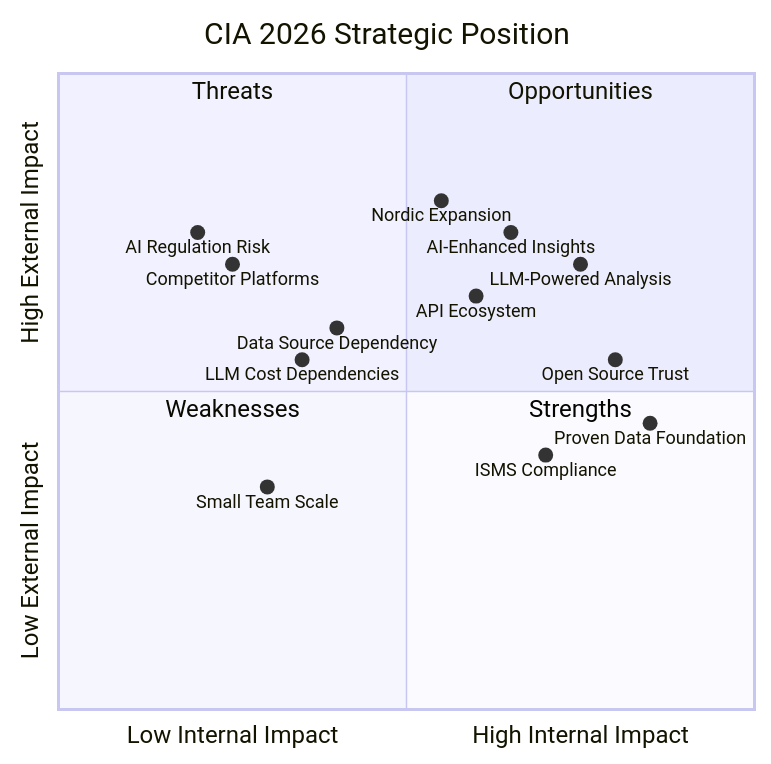
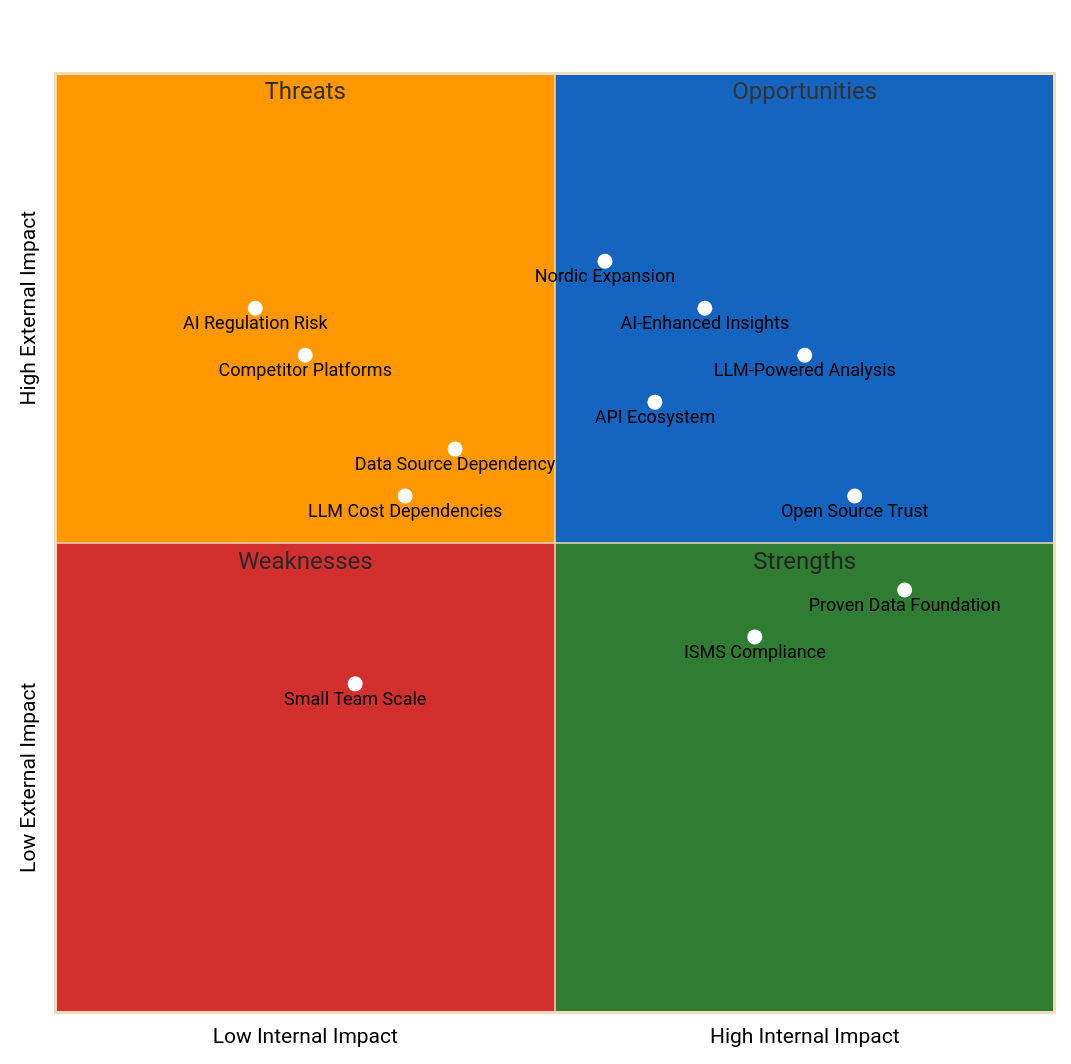
The first of 3 diagrams in FUTURE_SWOT.md (Hack23/cia), drawn with Mermaid before and after one commit. The commit also changed other lines of this file and 30 other files, not shown here.

First line of the commit message:
fix: fix mermaid init blocks (single->double quotes), xychart quoting, and SWOT quadrant colors

````diff
--- a/FUTURE_SWOT.md
+++ b/FUTURE_SWOT.md
@@ -25,22 +25,46 @@
 ```mermaid
+%%{init: {
+  "theme": "base",
+  "themeVariables": {
+    "quadrant1Fill": "#1565C0",
+    "quadrant2Fill": "#FF9800",
+    "quadrant3Fill": "#D32F2F",
+    "quadrant4Fill": "#2E7D32",
+    "quadrantTitleFill": "#ffffff",
+    "quadrantPointFill": "#ffffff",
+    "quadrantPointTextFill": "#000000",
+    "quadrantXAxisTextFill": "#000000",
+    "quadrantYAxisTextFill": "#000000"
+  },
+  "quadrantChart": {
+    "chartWidth": 700,
+    "chartHeight": 700,
+    "pointLabelFontSize": 12,
+    "titleFontSize": 20,
+    "quadrantLabelFontSize": 16,
+    "xAxisLabelFontSize": 14,
+    "yAxisLabelFontSize": 14
+  }
+}}%%
 quadrantChart
     title CIA 2026 Strategic Position
     x-axis Low Internal Impact --> High Internal Impact
     y-axis Low External Impact --> High External Impact
     quadrant-1 Opportunities
     quadrant-2 Threats
     quadrant-3 Weaknesses
     quadrant-4 Strengths
-    LLM-Powered Analysis: [0.75, 0.70]
-    Open Source Trust: [0.80, 0.55]
-    Proven Data Foundation: [0.85, 0.45]
-    ISMS Compliance: [0.70, 0.40]
-    Nordic Expansion: [0.55, 0.80]
-    AI-Enhanced Insights: [0.65, 0.75]
-    API Ecosystem: [0.60, 0.65]
-    Small Team Scale: [0.30, 0.35]
-    LLM Cost Dependencies: [0.35, 0.55]
-    Competitor Platforms: [0.25, 0.70]
-    AI Regulation Risk: [0.20, 0.75]
-    Data Source Dependency: [0.40, 0.60]
+    "LLM-Powered Analysis": [0.75, 0.70]
+    "Open Source Trust": [0.80, 0.55]
+    "Proven Data Foundation": [0.85, 0.45]
+    "ISMS Compliance": [0.70, 0.40]
+    "Nordic Expansion": [0.55, 0.80]
+    "AI-Enhanced Insights": [0.65, 0.75]
+    "API Ecosystem": [0.60, 0.65]
+    "Small Team Scale": [0.30, 0.35]
+    "LLM Cost Dependencies": [0.35, 0.55]
+    "Competitor Platforms": [0.25, 0.70]
+    "AI Regulation Risk": [0.20, 0.75]
+    "Data Source Dependency": [0.40, 0.60]
+
 ```
````
